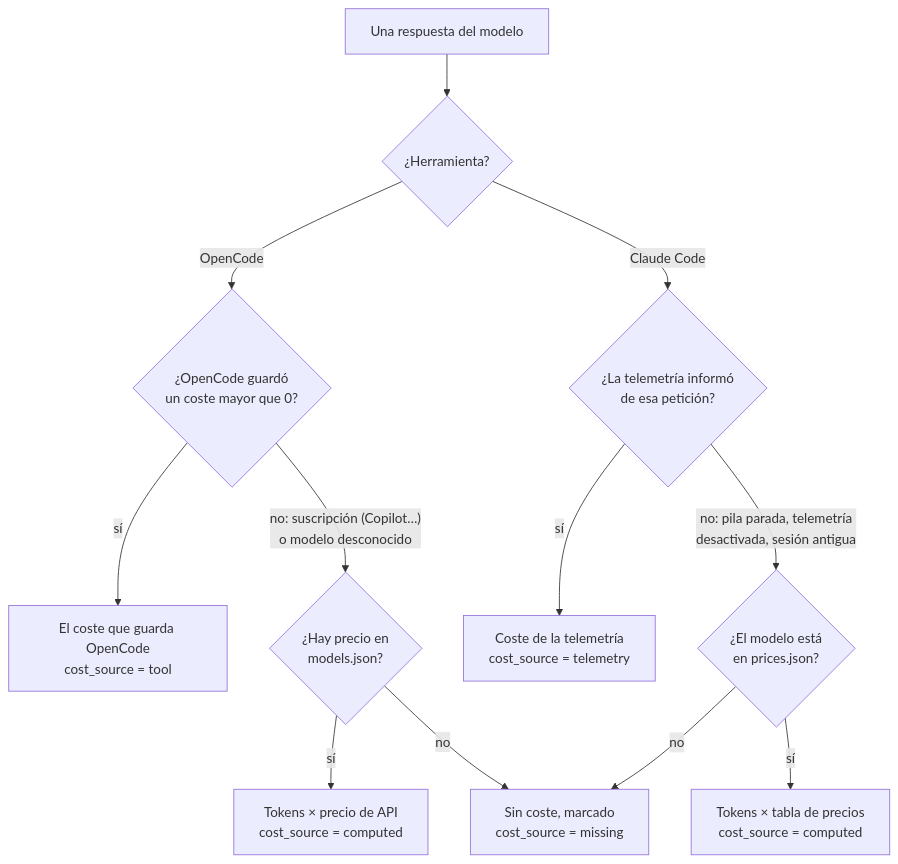
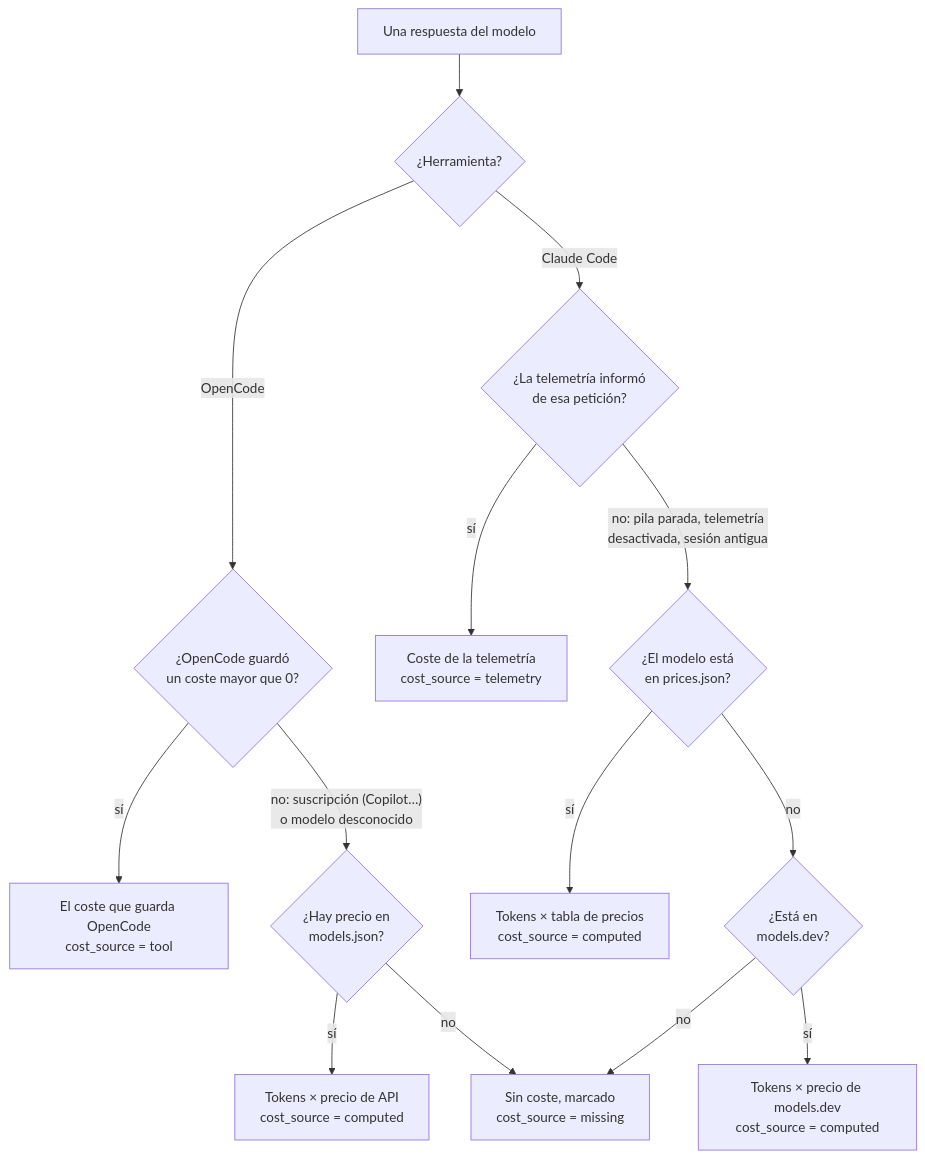
The third of 4 diagrams in README.md (oscarabal/IA-metrics), drawn with Mermaid before and after one commit. The commit also changed other lines of this file and 41 other files, not shown here.

````diff
--- a/README.md
+++ b/README.md
@@ -117,14 +125,16 @@
 ```mermaid
 flowchart TD
     M["Una respuesta del modelo"] --> T{"¿Herramienta?"}
     T -- OpenCode --> OS{"¿OpenCode guardó<br/>un coste mayor que 0?"}
     OS -- sí --> O["El coste que guarda OpenCode<br/>cost_source = tool"]
     OS -- "no: suscripción (Copilot…)<br/>o modelo desconocido" --> OP{"¿Hay precio en<br/>models.json?"}
     OP -- sí --> OC2["Tokens × precio de API<br/>cost_source = computed"]
     OP -- no --> CM
     T -- "Claude Code" --> TEL{"¿La telemetría informó<br/>de esa petición?"}
     TEL -- sí --> CT["Coste de la telemetría<br/>cost_source = telemetry"]
     TEL -- "no: pila parada, telemetría<br/>desactivada, sesión antigua" --> P{"¿El modelo está<br/>en prices.json?"}
     P -- sí --> CP["Tokens × tabla de precios<br/>cost_source = computed"]
-    P -- no --> CM["Sin coste, marcado<br/>cost_source = missing"]
+    P -- no --> PD{"¿Está en<br/>models.dev?"}
+    PD -- sí --> CD["Tokens × precio de models.dev<br/>cost_source = computed"]
+    PD -- no --> CM["Sin coste, marcado<br/>cost_source = missing"]
 ```
````
